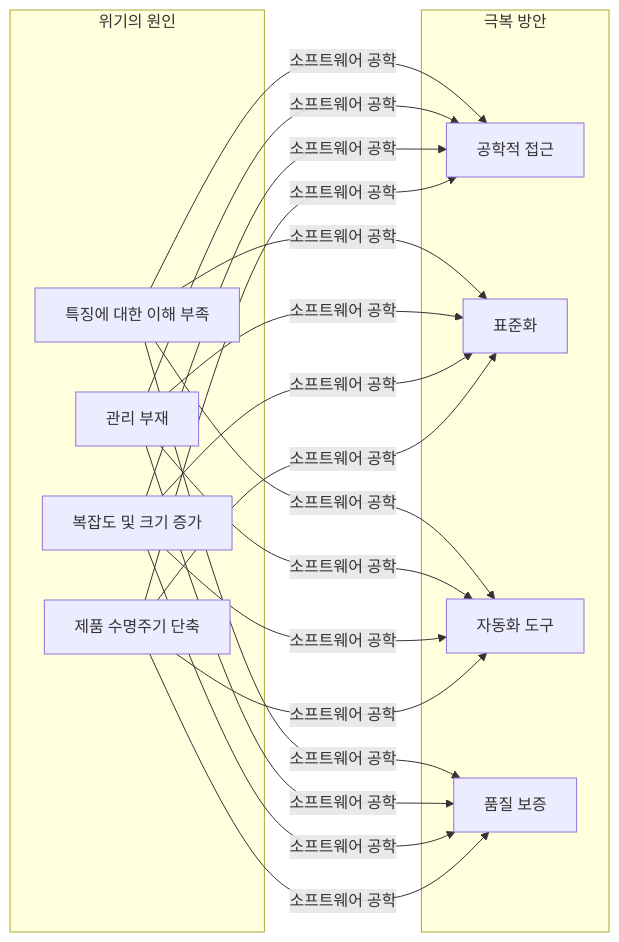
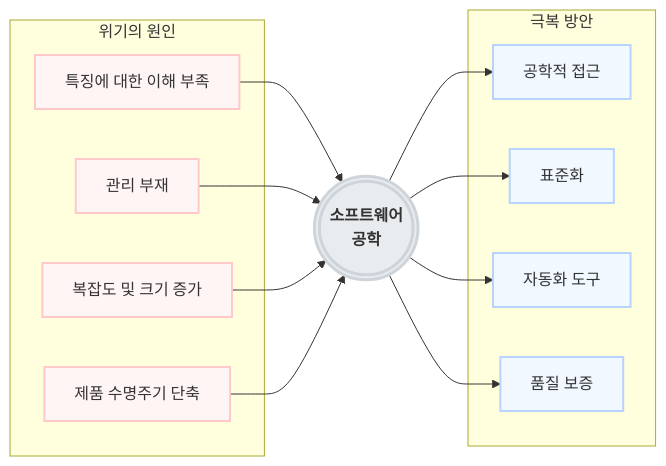
One commit to sungjin-dev/sungjin-dev.github.io changed the ninth of 14 diagrams in _posts/2026-07-19-eip-application-packaging-study-2.md. Above: the diagram before and after it, drawn with Mermaid.

````diff
--- a/_posts/2026-07-19-eip-application-packaging-study-2.md
+++ b/_posts/2026-07-19-eip-application-packaging-study-2.md
@@ -492,16 +492,32 @@
 ```mermaid
-graph LR
+flowchart LR
     subgraph 위기의 원인
         A1[특징에 대한 이해 부족]
         A2[관리 부재]
         A3[복잡도 및 크기 증가]
         A4[제품 수명주기 단축]
     end
+
+    %% 가운데 중앙 노드 생성 (동그란 모양)
+    SE(((소프트웨어<br>공학)))
+
     subgraph 극복 방안
         B1[공학적 접근]
         B2[표준화]
         B3[자동화 도구]
         B4[품질 보증]
     end
-    A1 & A2 & A3 & A4 -->|소프트웨어 공학| B1 & B2 & B3 & B4
+
+    %% 왼쪽에서 중앙으로 모이고, 중앙에서 오른쪽으로 퍼지는 구조
+    A1 & A2 & A3 & A4 --> SE
+    SE --> B1 & B2 & B3 & B4
+    
+    %% 스타일링 (선택 사항: 보기 좋게 색상 추가)
+    classDef cause fill:#fff5f5,stroke:#ffc9c9,stroke-width:2px;
+    classDef solution fill:#f1f8ff,stroke:#b6d4fe,stroke-width:2px;
+    classDef center fill:#e9ecef,stroke:#ced4da,stroke-width:3px,font-weight:bold;
+    
+    class A1,A2,A3,A4 cause;
+    class B1,B2,B3,B4 solution;
+    class SE center;
 ```
````
